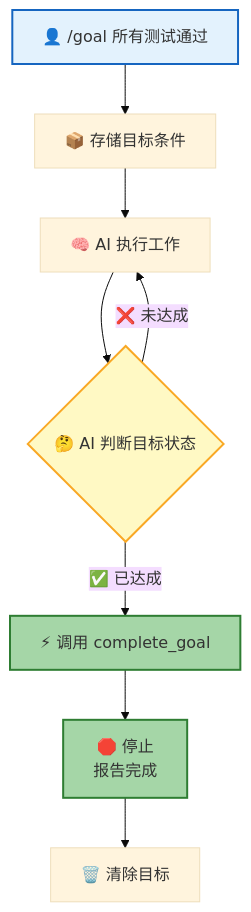
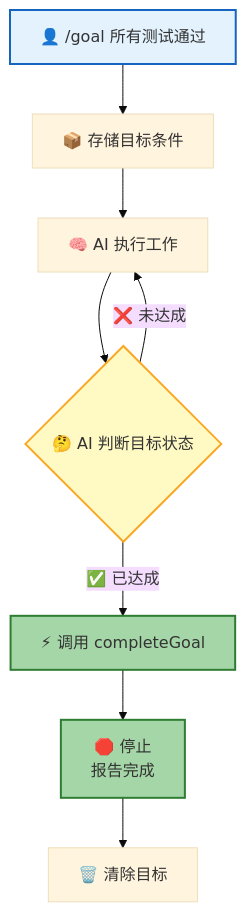
One commit to rtc-agent/docs changed the fifth of 6 diagrams in src/content/docs/features/commands.md. Above: the diagram before and after it, drawn with Mermaid (base theme). The commit also changed other lines of this file and 13 other files, not shown here.

````diff
--- a/src/content/docs/features/commands.md
+++ b/src/content/docs/features/commands.md
@@ -182,15 +194,15 @@
 ```mermaid
 flowchart TD
     A["👤 /goal 所有测试通过"] --> B["📦 存储目标条件"]
     B --> C["🧠 AI 执行工作"]
     C --> D{"🤔 AI 判断目标状态"}
     D -->|"❌ 未达成"| C
-    D -->|"✅ 已达成"| E["⚡ 调用 complete_goal"]
+    D -->|"✅ 已达成"| E["⚡ 调用 completeGoal"]
     E --> F["🛑 停止<br/>报告完成"]
     F --> G["🗑️ 清除目标"]
 
     style A fill:#e3f2fd,stroke:#1565c0,stroke-width:2px
     style D fill:#fff9c4,stroke:#f9a825,stroke-width:2px
     style E fill:#a5d6a7,stroke:#2e7d32,stroke-width:2px
     style F fill:#a5d6a7,stroke:#2e7d32,stroke-width:2px
 ```
````
